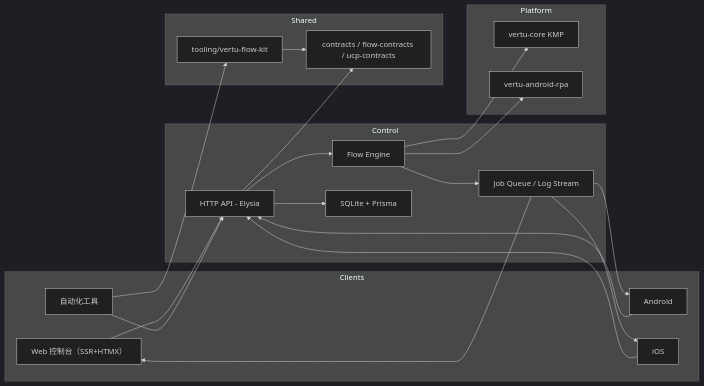
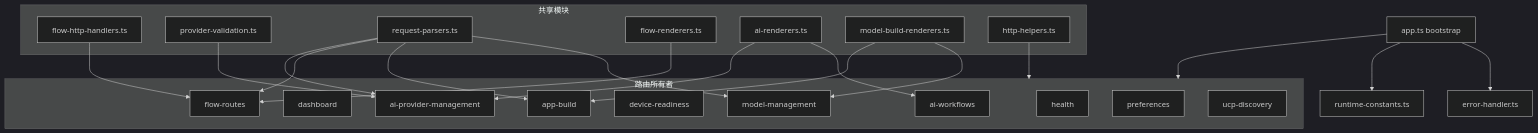
Before and after one commit to d4551/vertu-edge: the fifth of 6 diagrams in README.md, drawn with Mermaid (dark theme). The commit also changed other lines of this file and 21 other files, not shown here.

First line of the commit message:
docs: GitHub-compliant Mermaid, bilingual EN/ZH, expand gitignore, stop tracking artifacts

````diff
--- a/README.md
+++ b/README.md
@@ -311,42 +255,43 @@
 ```mermaid
-flowchart LR
-  subgraph Clients
-    A["Web 控制台（SSR+HTMX）"]
-    B["Android"]
-    C["iOS"]
-    D["自动化工具"]
+flowchart TB
+  APP["app.ts bootstrap"]
+  ERR["error-handler.ts"]
+  CONST["runtime-constants.ts"]
+  subgraph Plugins["路由所有者"]
+    HEALTH["health"]
+    DASH["dashboard"]
+    MODELS["model-management"]
+    BUILDS["app-build"]
+    READY["device-readiness"]
+    FLOWS["flow-routes"]
+    AIWF["ai-workflows"]
+    AIP["ai-provider-management"]
+    PREFS["preferences"]
+    UCP["ucp-discovery"]
+  end
+  subgraph Shared["共享模块"]
+    FLOWH["flow-http-handlers.ts"]
+    PROVIDER["provider-validation.ts"]
+    PARSE["request-parsers.ts"]
+    FLOWR["flow-renderers.ts"]
+    AIR["ai-renderers.ts"]
+    MODELR["model-build-renderers.ts"]
+    HTTP["http-helpers.ts"]
   end
 
-  subgraph Control
-    E["HTTP API - Elysia"]
-    F["Flow Engine"]
-    G["SQLite + Prisma"]
-    H["Job Queue / Log Stream"]
-  end
-
-  subgraph Shared
-    I["contracts / flow-contracts / ucp-contracts"]
-    J["tooling/vertu-flow-kit"]
-  end
-
-  subgraph Platform
-    K["vertu-core KMP"]
-    L["vertu-android-rpa"]
-  end
-
-  A --> E
-  B --> E
-  C --> E
-  D --> E
-  D --> J
-  E --> I
-  J --> I
-  E --> F
-  F --> K
-  F --> L
-  E --> G
-  F --> H
-  H --> A
-  H --> B
-  H --> C
+  APP --> ERR
+  APP --> CONST
+  APP --> Plugins
+  HTTP --> Plugins
+  PARSE --> MODELS
+  PARSE --> BUILDS
+  PARSE --> FLOWS
+  PARSE --> AIP
+  FLOWH --> FLOWS
+  FLOWR --> FLOWS
+  AIR --> AIWF
+  AIR --> AIP
+  MODELR --> MODELS
+  MODELR --> BUILDS
+  PROVIDER --> AIP
 ```
````
